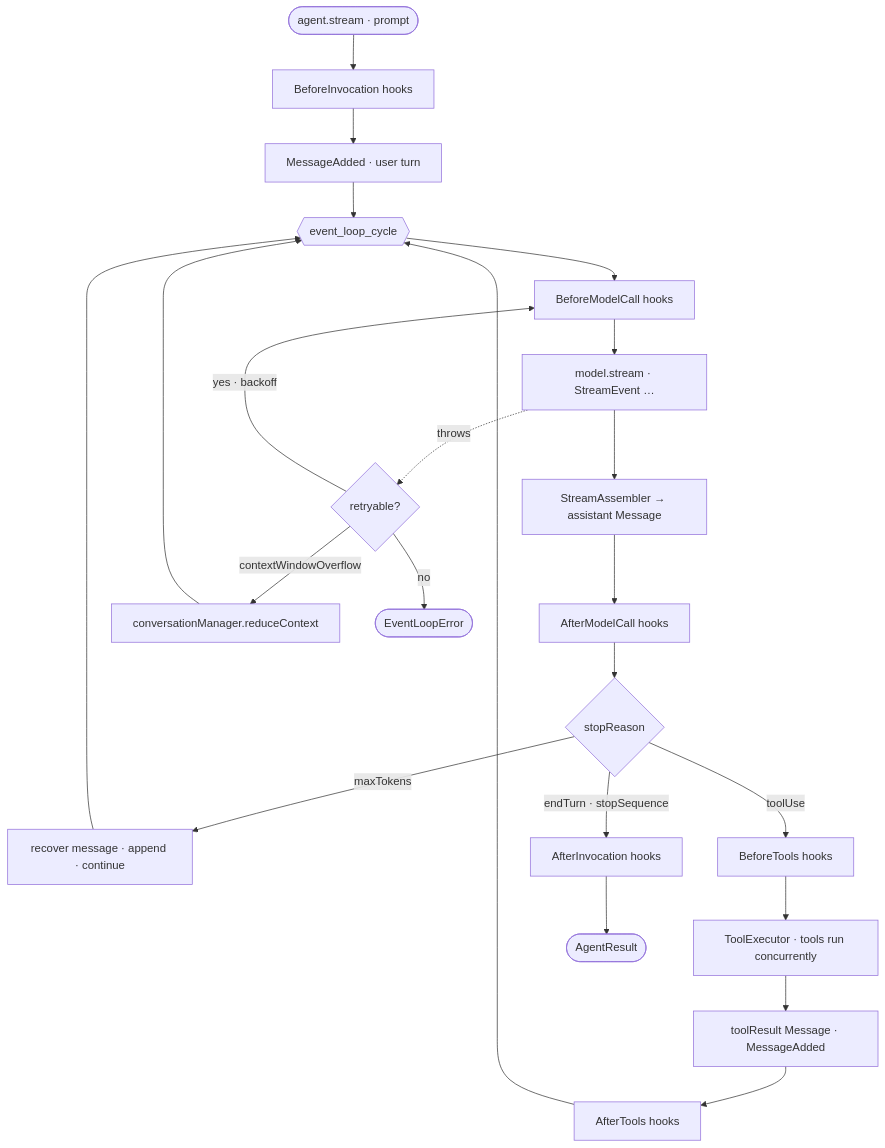
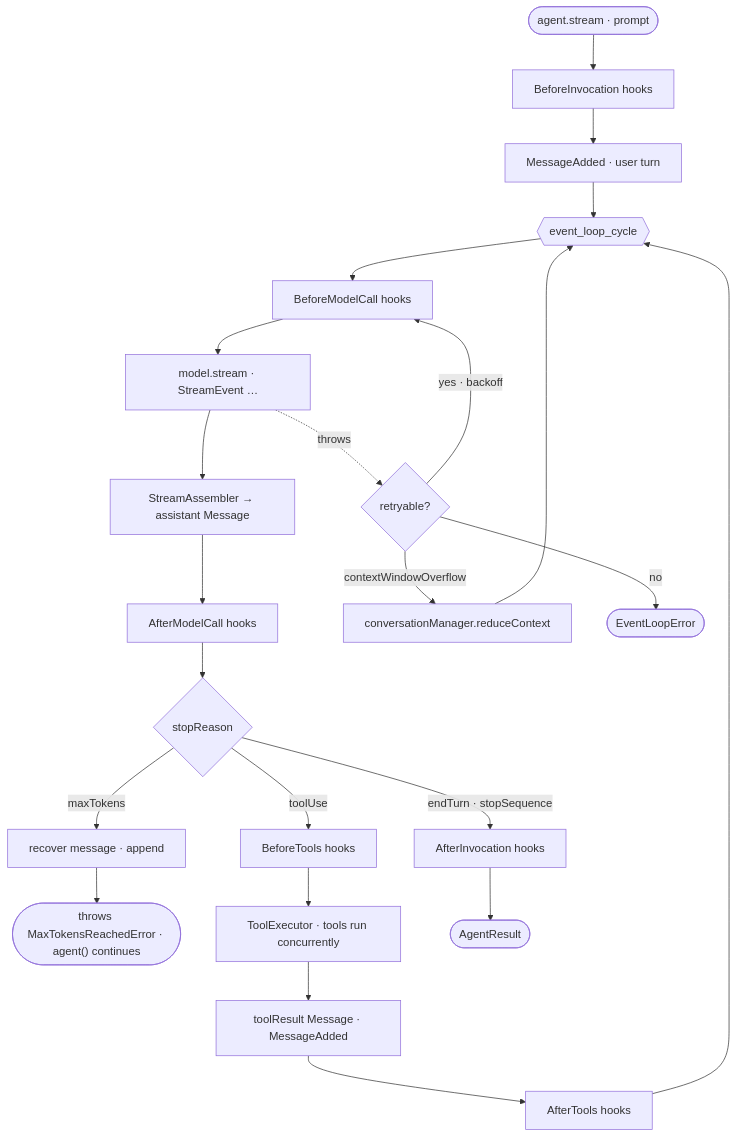
One commit to cagataycali/loopl changed the diagram in docs/sdk/event-loop.md. Above: the diagram before and after it, drawn with Mermaid. The commit also changed other lines of this file and 6 other files, not shown here.

````diff
--- a/docs/sdk/event-loop.md
+++ b/docs/sdk/event-loop.md
@@ -19,25 +19,25 @@
 ```mermaid
 flowchart TD
     A([agent.stream · prompt]) --> B[BeforeInvocation hooks]
     B --> C[MessageAdded · user turn]
     C --> D{{event_loop_cycle}}
     D --> E[BeforeModelCall hooks]
     E --> F[model.stream · StreamEvent …]
     F --> G[StreamAssembler → assistant Message]
     G --> H[AfterModelCall hooks]
     H --> I{stopReason}
-    I -- maxTokens --> J[recover message · append · continue]
-    J --> D
+    I -- maxTokens --> J[recover message · append]
+    J --> J2(["throws MaxTokensReachedError · agent() continues"])
     I -- toolUse --> K[BeforeTools hooks]
     K --> L[ToolExecutor · tools run concurrently]
     L --> M[toolResult Message · MessageAdded]
     M --> N[AfterTools hooks]
     N --> D
     I -- endTurn · stopSequence --> O[AfterInvocation hooks]
     O --> P([AgentResult])
     F -. throws .-> R{retryable?}
     R -- yes · backoff --> E
     R -- contextWindowOverflow --> S[conversationManager.reduceContext]
     S --> D
     R -- no --> T([EventLoopError])
 ```
````
